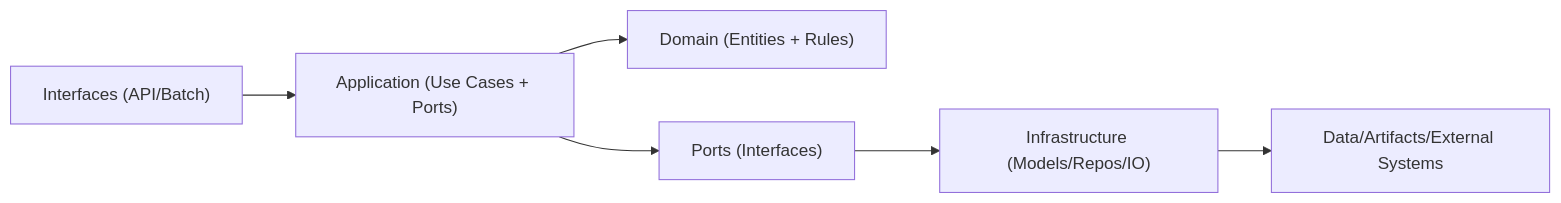
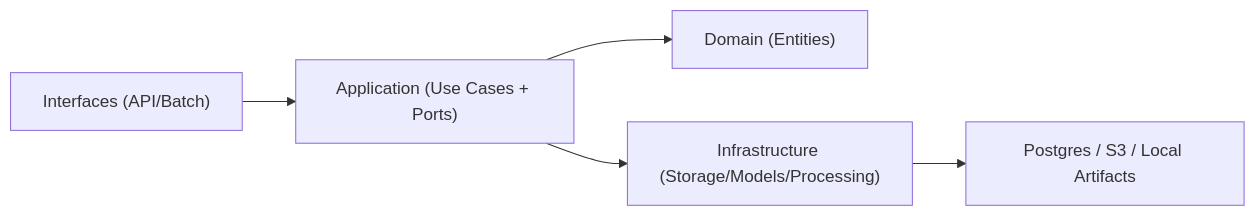
The diagram in README.md (FlexonaFFt/BookRecs), drawn with Mermaid before and after one commit. The commit also changed other lines of this file and 3 other files, not shown here.

````diff
--- a/README.md
+++ b/README.md
@@ -185,8 +114,7 @@
 ```mermaid
 flowchart LR
 UI["Interfaces (API/Batch)"] --> APP["Application (Use Cases + Ports)"]
-APP --> DOM["Domain (Entities + Rules)"]
-APP --> PORTS["Ports (Interfaces)"]
-PORTS --> INFRA["Infrastructure (Models/Repos/IO)"]
-INFRA --> DATA["Data/Artifacts/External Systems"]
+APP --> DOM["Domain (Entities)"]
+APP --> INFRA["Infrastructure (Storage/Models/Processing)"]
+INFRA --> EXT["Postgres / S3 / Local Artifacts"]
 ```
````
